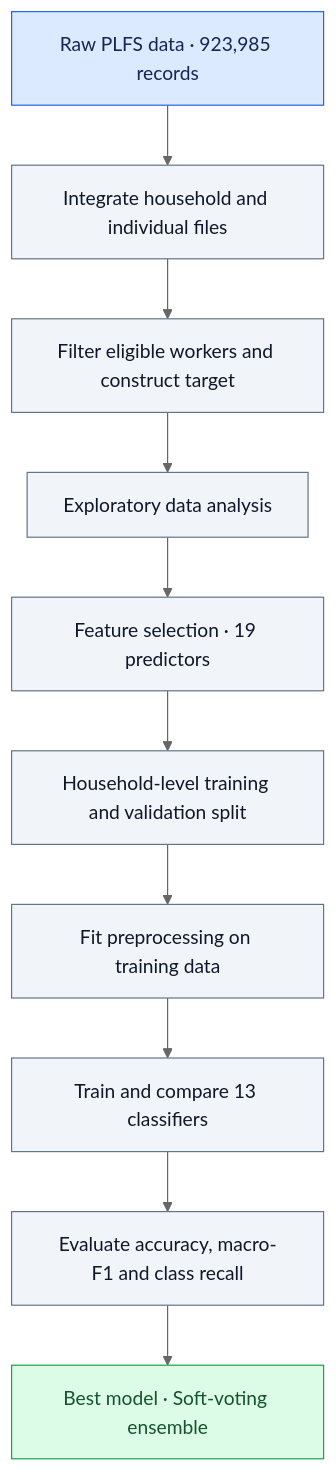
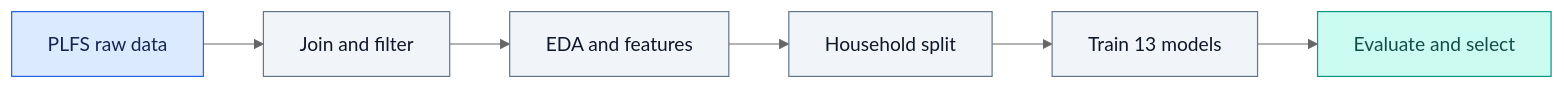
The first of 2 diagrams in README.md (Shilpeekumari23/DATA_MINING_PROJECT), drawn with Mermaid (neutral theme) before and after one commit. The commit also changed other lines of this file, not shown here.

Commit message:
Upgrade README with visual dashboard, benchmark charts and recruiter-first layout

````diff
--- a/README.md
+++ b/README.md
@@ -42,18 +63,14 @@
 ```mermaid
-flowchart TD
-    A["Raw PLFS data · 923,985 records"] --> B["Integrate household and individual files"]
-    B --> C["Filter eligible workers and construct target"]
-    C --> D["Exploratory data analysis"]
-    D --> E["Feature selection · 19 predictors"]
-    E --> F["Household-level training and validation split"]
-    F --> G["Fit preprocessing on training data"]
-    G --> H["Train and compare 13 classifiers"]
-    H --> I["Evaluate accuracy, macro-F1 and class recall"]
-    I --> J["Best model · Soft-voting ensemble"]
+flowchart LR
+    A["PLFS raw data"] --> B["Join and filter"]
+    B --> C["EDA and features"]
+    C --> D["Household split"]
+    D --> E["Train 13 models"]
+    E --> F["Evaluate and select"]
     classDef source fill:#dbeafe,stroke:#2563eb,color:#172554
     classDef process fill:#f1f5f9,stroke:#64748b,color:#0f172a
-    classDef result fill:#dcfce7,stroke:#16a34a,color:#14532d
+    classDef result fill:#ccfbf1,stroke:#0d9488,color:#134e4a
     class A source
-    class B,C,D,E,F,G,H,I process
-    class J result
+    class B,C,D,E process
+    class F result
 ```
````
